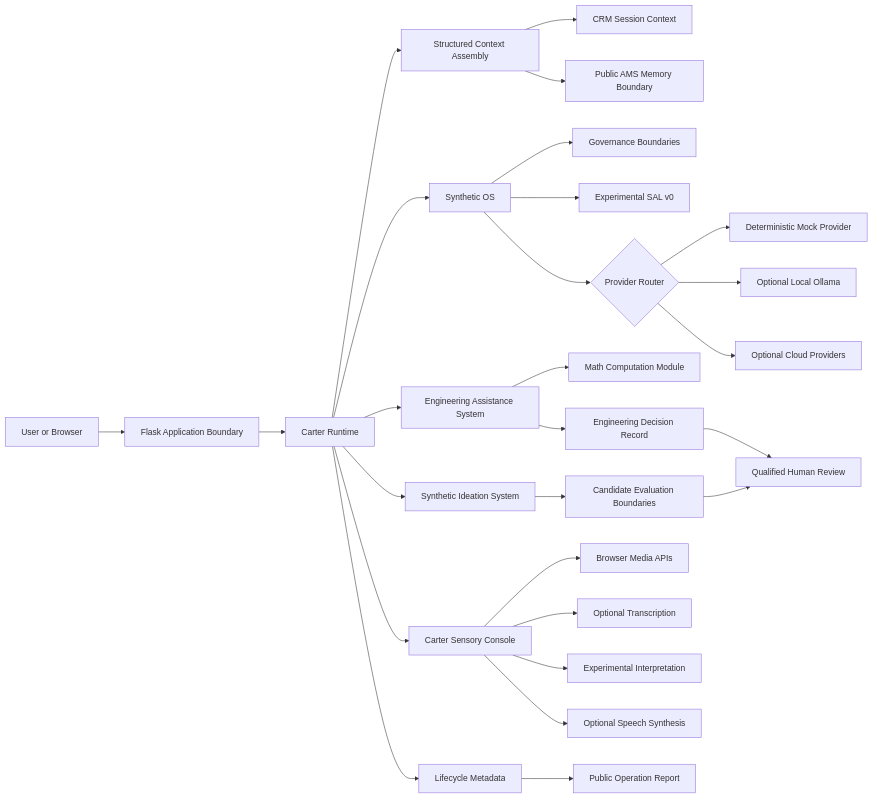
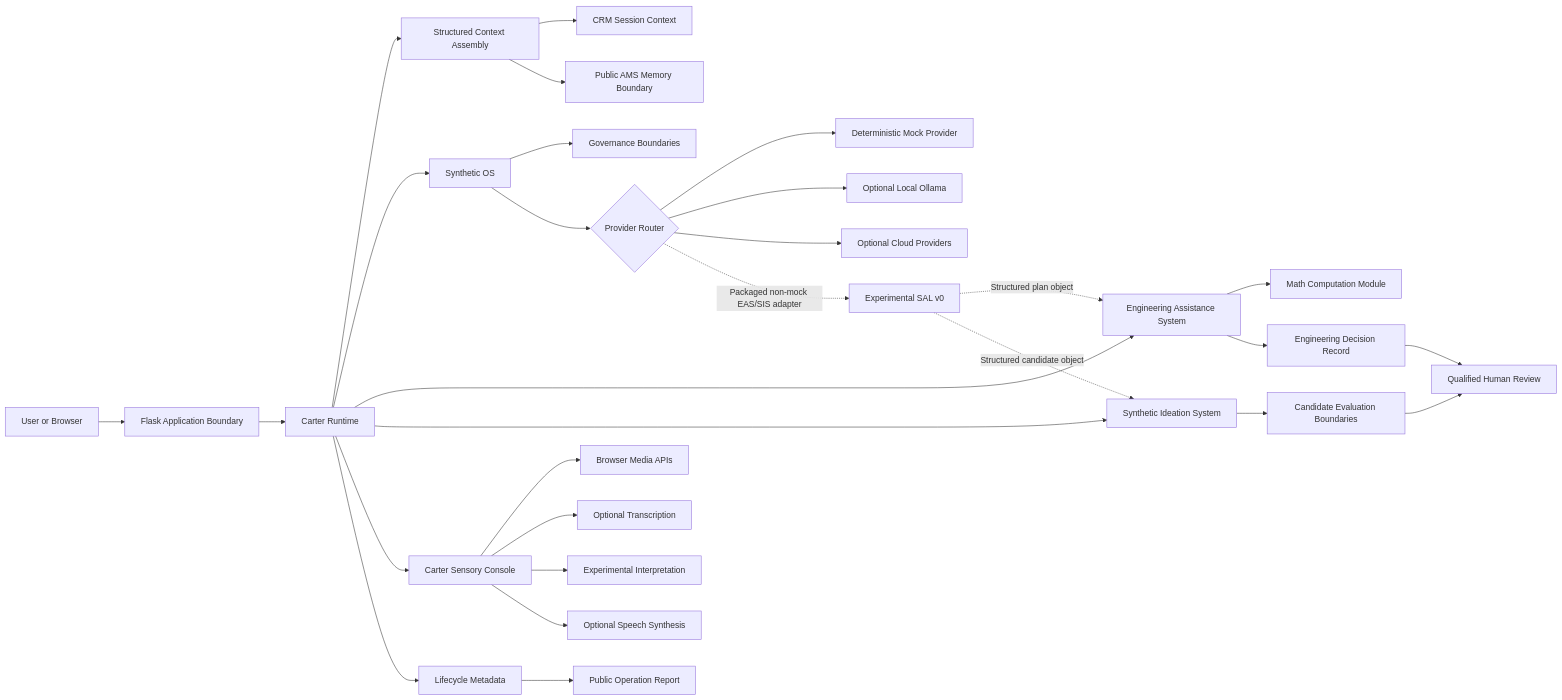
One commit to mdlewis365/carter-synthetic-os changed the first of 5 diagrams in docs/ARCHITECTURE.md. Above: the diagram before and after it, drawn with Mermaid. The commit also changed other lines of this file and 39 other files, not shown here.

````diff
--- a/docs/ARCHITECTURE.md
+++ b/docs/ARCHITECTURE.md
@@ -42,37 +45,39 @@
 ```mermaid
 flowchart LR
     U[User or Browser] --> W[Flask Application Boundary]
 
     W --> C[Carter Runtime]
 
     C --> X[Structured Context Assembly]
     X --> CRM[CRM Session Context]
     X --> AMS[Public AMS Memory Boundary]
 
     C --> SOS[Synthetic OS]
     SOS --> GOV[Governance Boundaries]
-    SOS --> SAL[Experimental SAL v0]
     SOS --> R{Provider Router}
 
     R --> MOCK[Deterministic Mock Provider]
     R --> OLLAMA[Optional Local Ollama]
     R --> CLOUD[Optional Cloud Providers]
+    R -. Packaged non-mock EAS/SIS adapter .-> SAL[Experimental SAL v0]
 
     C --> EAS[Engineering Assistance System]
+    SAL -. Structured plan object .-> EAS
     EAS --> MCM[Math Computation Module]
     EAS --> EDR[Engineering Decision Record]
     EDR --> HR[Qualified Human Review]
 
     C --> SIS[Synthetic Ideation System]
+    SAL -. Structured candidate object .-> SIS
     SIS --> EVAL[Candidate Evaluation Boundaries]
     EVAL --> HR
 
     C --> CSC[Carter Sensory Console]
     CSC --> MEDIA[Browser Media APIs]
     CSC --> TRANS[Optional Transcription]
     CSC --> INTERP[Experimental Interpretation]
     CSC --> TTS[Optional Speech Synthesis]
 
     C --> LCM[Lifecycle Metadata]
     LCM --> OPR[Public Operation Report]
 ```
````
